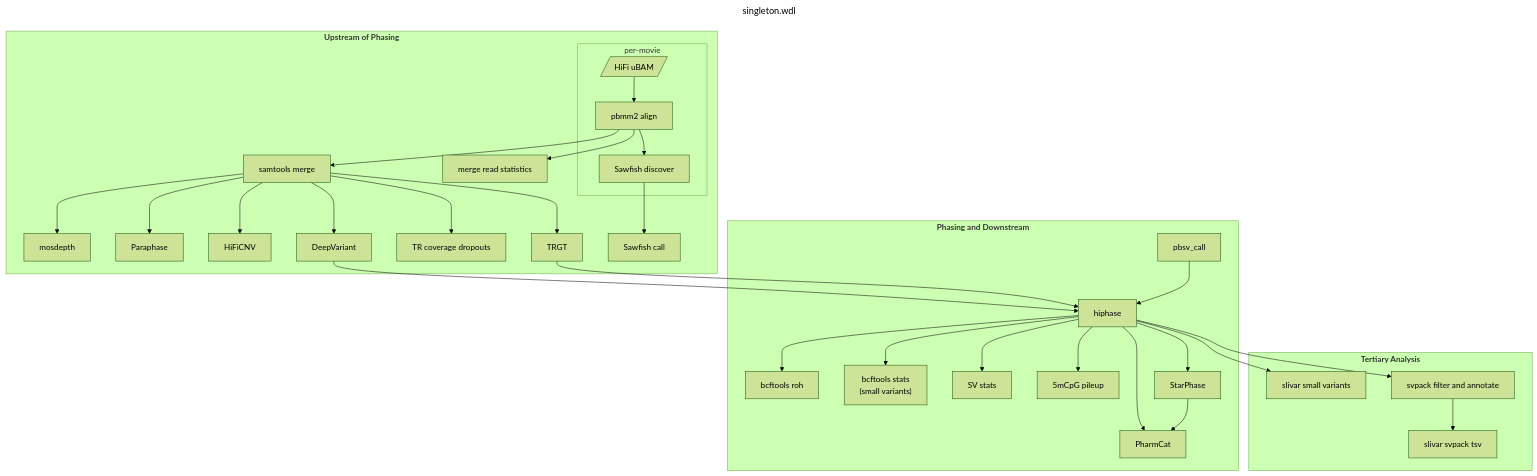
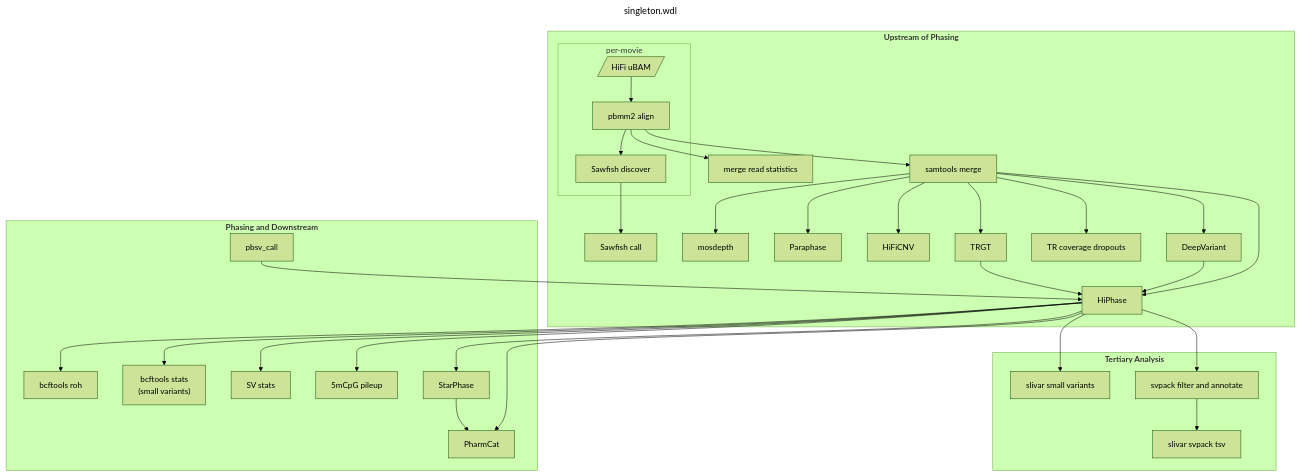
One commit to PacificBiosciences/HiFi-human-WGS-WDL changed the diagram in docs/singleton.md. Above: the diagram before and after it, drawn with Mermaid (forest theme).

Commit message:
correctly link samtools_merge and hiphase in DAG

````diff
--- a/docs/singleton.md
+++ b/docs/singleton.md
@@ -20,38 +20,39 @@
 ```mermaid
 ---
 title: singleton.wdl
 ---
 flowchart TD
   subgraph "`**Upstream of Phasing**`"
     subgraph "per-movie"
       ubam[/"HiFi uBAM"/] --> pbmm2_align["pbmm2 align"]
       pbmm2_align --> sawfish_discover["Sawfish discover"]
     end
     pbmm2_align --> merge_read_stats["merge read statistics"]
     pbmm2_align --> samtools_merge["samtools merge"]
     samtools_merge --> mosdepth["mosdepth"]
     samtools_merge --> paraphase["Paraphase"]
     samtools_merge --> hificnv["HiFiCNV"]
     samtools_merge --> trgt["TRGT"]
     samtools_merge --> trgt_dropouts["TR coverage dropouts"]
     samtools_merge --> deepvariant["DeepVariant"]
+    samtools_merge --> hiphase["HiPhase"]
     sawfish_discover --> sawfish_call["Sawfish call"]
   end
   subgraph "`**Phasing and Downstream**`"
     deepvariant --> hiphase
     trgt --> hiphase
     pbsv_call --> hiphase
     hiphase --> bcftools_roh["bcftools roh"]
     hiphase --> bcftools_stats["bcftools stats\n(small variants)"]
     hiphase --> sv_stats["SV stats"]
     hiphase --> cpg_pileup["5mCpG pileup"]
     hiphase --> starphase["StarPhase"]
     hiphase --> pharmcat["PharmCat"]
     starphase --> pharmcat
   end
   subgraph "`**Tertiary Analysis**`"
     hiphase --> slivar_small_variants["slivar small variants"]
     hiphase --> svpack["svpack filter and annotate"]
     svpack --> slivar_svpack["slivar svpack tsv"]
   end
 ```
````
